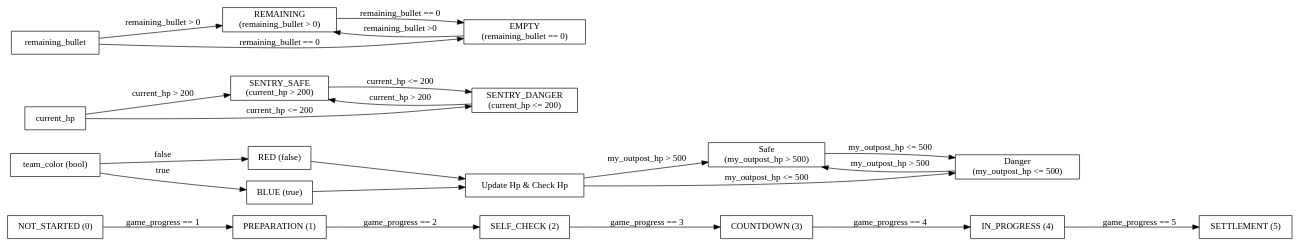
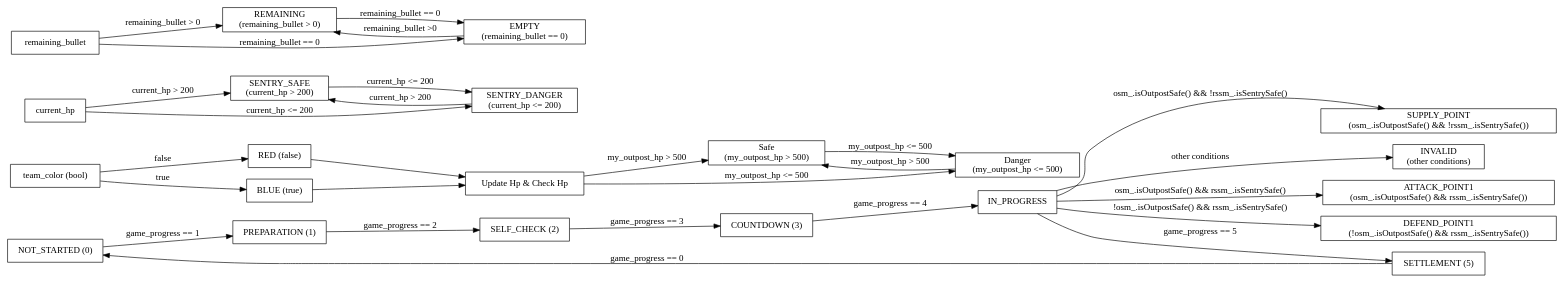
One commit to Birdiebot2024/rm_sentry_FSM changed the diagram in sentry_FSM.dot. Above: the diagram before and after it, drawn with Graphviz. The commit also changed 3 other files, not shown here.

```diff
--- a/sentry_FSM.dot
+++ b/sentry_FSM.dot
@@ -1,73 +1,93 @@
 digraph StateMachines {
     rankdir=LR;
 
     subgraph game_status_state_machine {
         label = "GameStateMachine";
         style=filled;
         color=lightgrey;
 
         node [shape=box];
         
         NOT_STARTED -> PREPARATION [label="game_progress == 1"];
         PREPARATION -> SELF_CHECK [label="game_progress == 2"];
         SELF_CHECK -> COUNTDOWN [label="game_progress == 3"];
         COUNTDOWN -> IN_PROGRESS [label="game_progress == 4"];
         IN_PROGRESS -> SETTLEMENT [label="game_progress == 5"];
+        SETTLEMENT -> NOT_STARTED [label="game_progress == 0"];
 
         NOT_STARTED [label="NOT_STARTED (0)"];
         PREPARATION [label="PREPARATION (1)"];
         SELF_CHECK [label="SELF_CHECK (2)"];
         COUNTDOWN [label="COUNTDOWN (3)"];
         IN_PROGRESS [label="IN_PROGRESS (4)"];
         SETTLEMENT [label="SETTLEMENT (5)"];
     }
 
     subgraph outpost_state_machine {
         label = "OutpostStateMachine";
         style=filled;
         color=lightyellow;
 
         node [shape=box];
 
         team_color [label="team_color (bool)"];
         RED [label="RED (false)"];
         BLUE [label="BLUE (true)"];
         Safe [label="Safe\n(my_outpost_hp > 500)"];
         Danger [label="Danger\n(my_outpost_hp <= 500)"];
 
         team_color -> RED [label="false"];
         team_color -> BLUE [label="true"];
         RED -> "Update Hp & Check Hp";
         BLUE -> "Update Hp & Check Hp";
         "Update Hp & Check Hp" -> Safe [label="my_outpost_hp > 500"];
         "Update Hp & Check Hp" -> Danger [label="my_outpost_hp <= 500"];
         Safe -> Danger [label="my_outpost_hp <= 500"];
         Danger -> Safe [label="my_outpost_hp > 500"];
     }
 
     subgraph robot_status_state_machine {
         label = "RobotStatusStateMachine";
         style=filled;
         color=lightblue;
 
         node [shape=box];
 
         current_hp [label="current_hp"];
         remaining_bullet [label="remaining_bullet"];
 
         SENTRY_SAFE [label="SENTRY_SAFE\n(current_hp > 200)"];
         SENTRY_DANGER [label="SENTRY_DANGER\n(current_hp <= 200)"];
         REMAINING [label="REMAINING\n(remaining_bullet > 0)"];
         EMPTY [label="EMPTY\n(remaining_bullet == 0)"];
 
         current_hp -> SENTRY_SAFE [label="current_hp > 200"];
         current_hp -> SENTRY_DANGER [label="current_hp <= 200"];
         SENTRY_SAFE -> SENTRY_DANGER [label="current_hp <= 200"];
         SENTRY_DANGER -> SENTRY_SAFE [label="current_hp > 200"];
 
         remaining_bullet -> REMAINING [label="remaining_bullet > 0"];
         remaining_bullet -> EMPTY [label="remaining_bullet == 0"];
         REMAINING -> EMPTY [label="remaining_bullet == 0"];
         EMPTY -> REMAINING [label="remaining_bullet >0"];
     }
+    
+    subgraph decision_state_machine{
+        label = "DecisionStateMachine";
+        style=filled;
+        color=lightgreen;
+
+        node [shape=box];
+
+        IN_PROGRESS [label="IN_PROGRESS"];
+        ATTACK_POINT1 [label="ATTACK_POINT1\n(osm_.isOutpostSafe() && rssm_.isSentrySafe())"];
+        DEFEND_POINT1 [label="DEFEND_POINT1\n(!osm_.isOutpostSafe() && rssm_.isSentrySafe())"];
+        SUPPLY_POINT [label="SUPPLY_POINT\n(osm_.isOutpostSafe() && !rssm_.isSentrySafe())"];
+        INVALID [label="INVALID\n(other conditions)"];
+
+        IN_PROGRESS -> ATTACK_POINT1 [label="osm_.isOutpostSafe() && rssm_.isSentrySafe()"];
+        IN_PROGRESS -> DEFEND_POINT1 [label="!osm_.isOutpostSafe() && rssm_.isSentrySafe()"];
+        IN_PROGRESS -> SUPPLY_POINT [label="osm_.isOutpostSafe() && !rssm_.isSentrySafe()"];
+        IN_PROGRESS -> INVALID [label="other conditions"];
+    }
 }
```
